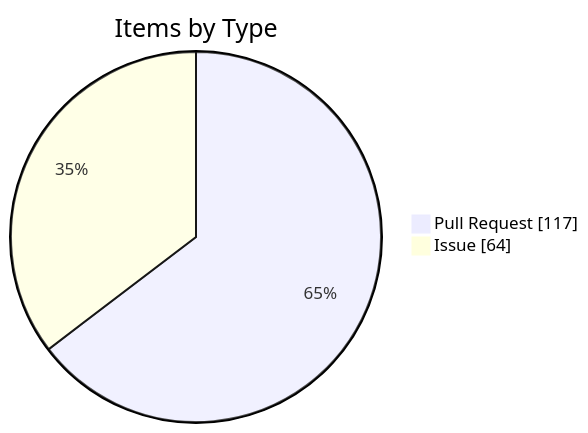
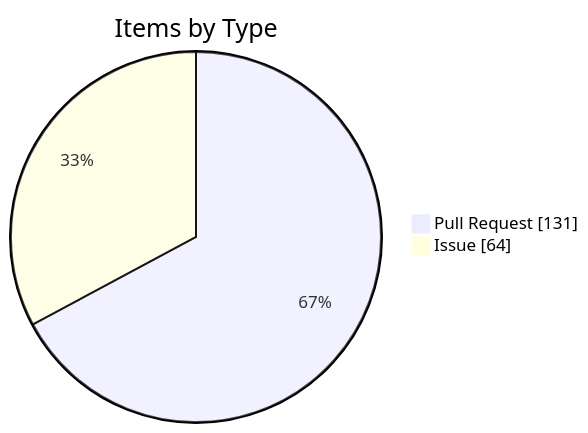
Before and after one commit to KBVE/kbve: the fourth of 4 diagrams in apps/kbve/astro-kbve/src/content/docs/dashboard/kanban-data.mdx, drawn with Mermaid. The commit also changed other lines of this file and 8 other files, not shown here.

````diff
--- a/apps/kbve/astro-kbve/src/content/docs/dashboard/kanban-data.mdx
+++ b/apps/kbve/astro-kbve/src/content/docs/dashboard/kanban-data.mdx
@@ -115,6 +116,6 @@
 ```mermaid
 pie showData
     title Items by Type
-    "Pull Request" : 117
+    "Pull Request" : 131
     "Issue" : 64
 ```
````
